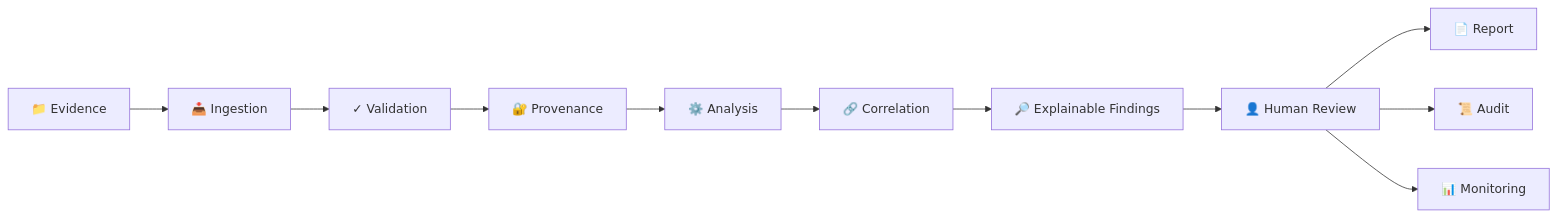
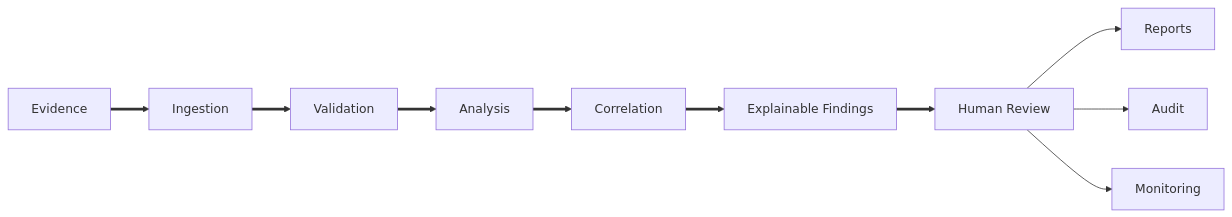
Before and after one commit to ruveeha33/NuclearShield: the first of 7 diagrams in README.md, drawn with Mermaid. The commit also changed other lines of this file, not shown here.

````diff
--- a/README.md
+++ b/README.md
@@ -99,13 +99,14 @@
 ```mermaid
 flowchart LR
-    A["📁 Evidence"] --> B["📥 Ingestion"]
-    B --> C["✓ Validation"]
-    C --> D["🔐 Provenance"]
-    D --> E["⚙️ Analysis"]
-    E --> F["🔗 Correlation"]
-    F --> G["🔎 Explainable Findings"]
-    G --> H["👤 Human Review"]
-    H --> I["📄 Report"]
-    H --> J["📜 Audit"]
-    H --> K["📊 Monitoring"]
+
+    A["Evidence"] ==> B["Ingestion"]
+    B ==> C["Validation"]
+    C ==> D["Analysis"]
+    D ==> E["Correlation"]
+    E ==> F["Explainable Findings"]
+    F ==> G["Human Review"]
+
+    G --> H["Reports"]
+    G --> I["Audit"]
+    G --> J["Monitoring"]
 ```
````
